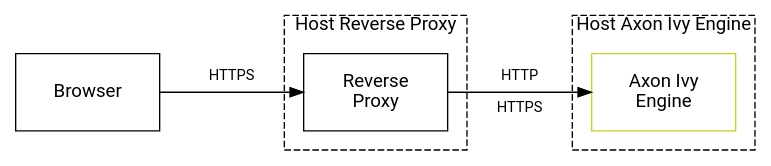
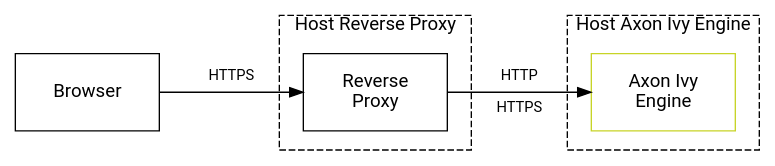
The diagram in source/engine-guide/integration/reverse-proxy/secure-setup/different-host.dot (bernhardAxonIvy/doc), drawn with Graphviz before and after one commit. The commit also changed 1 other file, not shown here.

Commit message:
XIVY-9206 optimized reverse proxy images

```diff
--- a/source/engine-guide/integration/reverse-proxy/secure-setup/different-host.dot
+++ b/source/engine-guide/integration/reverse-proxy/secure-setup/different-host.dot
@@ -1,22 +1,22 @@
 digraph overview {
   layout=neato;
   node [shape=box, fontname="Roboto,Helvetica Neue,Arial,sans-serif", margin=0.1, fixedsize="true"]; 
   
   /* nodes */
   browser      [label="Browser",                pos="0.0,2.5!", height="0.8", width="1.5"];
   reverseproxy [label="Reverse\nProxy",         pos="3.0,2.5!", height="0.8", width="1.5"];
   engine       [label="Axon Ivy\nEngine",       pos="6.0,2.5!", height="0.8", width="1.5", color="#C7D426", fontcolor="black"];
 
 
-  hostProxy [label="Host Reverse Proxy",        pos="3.0,2.6!", height="1.4", width="1.9", style="dashed" fontcolor="black" labelloc="t"];
-  hostEngine [label="Host Axon Ivy Engine",     pos="6.0,2.6!", height="1.4", width="1.9", style="dashed" fontcolor="black" labelloc="t"];
+  hostProxy [label="Host Reverse Proxy",        pos="3.0,2.6!", height="1.4", width="2.0", style="dashed" fontcolor="black" labelloc="t"];
+  hostEngine [label="Host Axon Ivy Engine",     pos="6.0,2.6!", height="1.4", width="2.0", style="dashed" fontcolor="black" labelloc="t"];
  
   /* edges */
   browser -> reverseproxy;
   reverseproxy -> engine;
 
   /* edge labels */
   browser_reverseproxy [label="HTTPS\n \n ",   pos="1.5,2.5!", height="0.8", width="1.7", shape=none, fillcolor=none, fontcolor="black", fontsize="11"];
   reverseproxy_engine [label="HTTP\n \nHTTPS", pos="4.5,2.5!", height="0.8", width="1.7", shape=none, fillcolor=none, fontcolor="black", fontsize="11"];
 
 }
```
